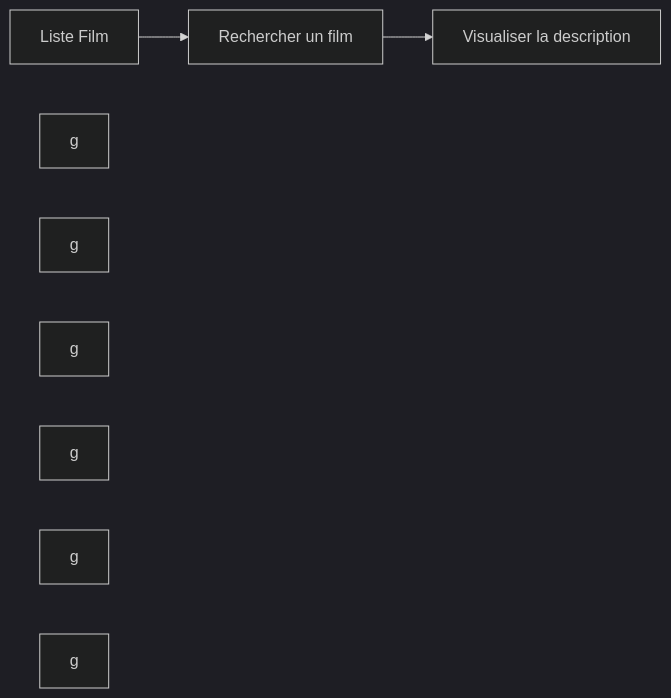
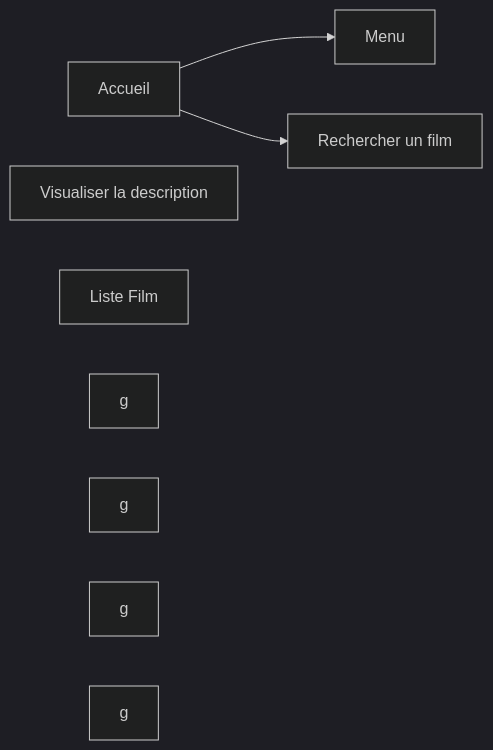
One commit to Remynder0/cours_BUT_24-25 changed the first of 3 diagrams in README.md. Above: the diagram before and after it, drawn with Mermaid (dark theme). The commit also changed other lines of this file, not shown here.

Commit message:
README.md updated from https://stackedit.io/

````diff
--- a/README.md
+++ b/README.md
@@ -120,17 +120,17 @@
 ```mermaid
 graph LR
 
-A[Liste Film]
+A[Accueil]
 B[Visualiser la description]
 C[Rechercher un film]
-D[g] 
-E[g] 
+D[Liste Film] 
+E[Menu] 
 F[g]
 G[g] 
 H[g] 
 I[g]
 
-C --> B
+A --> E
 A --> C
 
 ```
````
